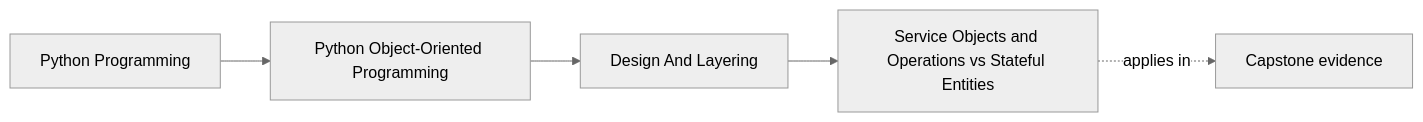
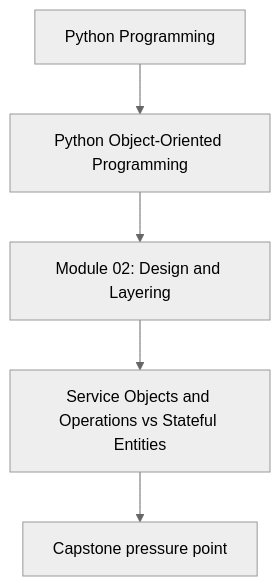
One commit to bijux/bijux-masterclass changed the first of 2 diagrams in programs/python-programming/python-object-oriented-programming/course-book/module-02-design-and-layering/services-versus-stateful-entities.md. Above: the diagram before and after it, drawn with Mermaid (neutral theme). The commit also changed other lines of this file and 107 other files, not shown here.

Commit message:
docs(python-object-oriented-programming): align concept page diagrams

````diff
--- a/programs/python-programming/python-object-oriented-programming/course-book/module-02-design-and-layering/services-versus-stateful-entities.md
+++ b/programs/python-programming/python-object-oriented-programming/course-book/module-02-design-and-layering/services-versus-stateful-entities.md
@@ -7,11 +7,7 @@
 ```mermaid
-graph LR
-  family["Python Programming"]
-  program["Python Object-Oriented Programming"]
-  section["Design And Layering"]
-  page["Service Objects and Operations vs Stateful Entities"]
-  capstone["Capstone evidence"]
-
-  family --> program --> section --> page
-  page -.applies in.-> capstone
+flowchart TD
+  family["Python Programming"] --> program["Python Object-Oriented Programming"]
+  program --> module["Module 02: Design and Layering"]
+  module --> concept["Service Objects and Operations vs Stateful Entities"]
+  concept --> capstone["Capstone pressure point"]
 ```
````
